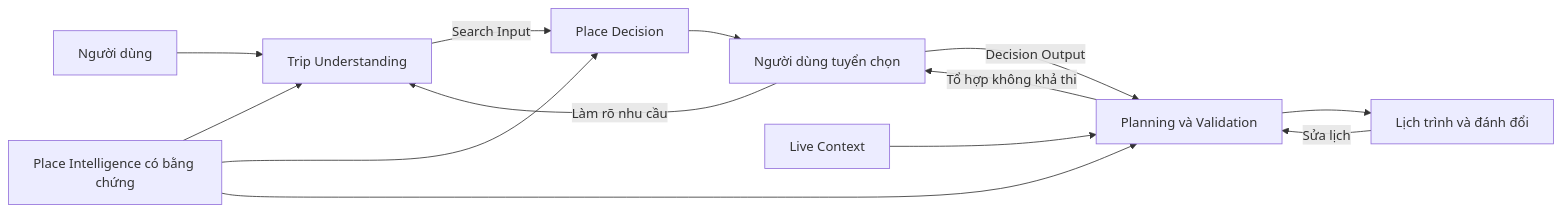
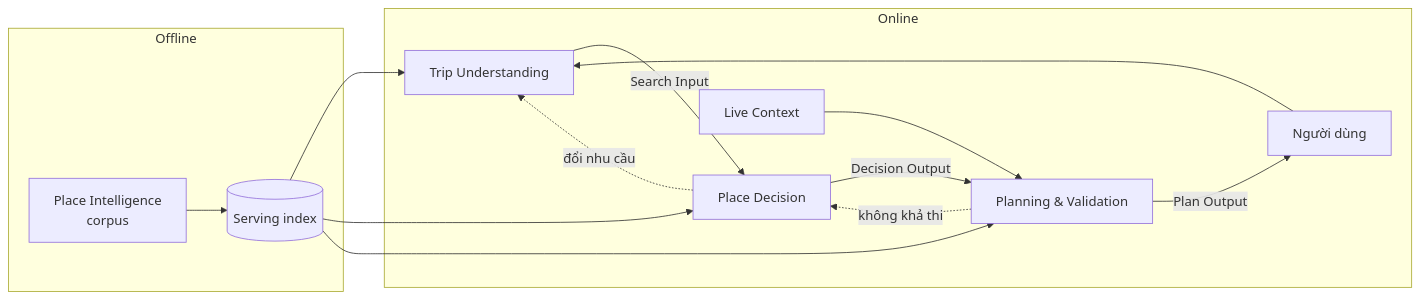
One commit to hohoangluan/tripguardian changed the first of 13 diagrams in submission/TECHNICAL_REPORT.md. Above: the diagram before and after it, drawn with Mermaid. The commit also changed other lines of this file and 260 other files, not shown here.

````diff
--- a/submission/TECHNICAL_REPORT.md
+++ b/submission/TECHNICAL_REPORT.md
@@ -11,15 +99,18 @@
 ```mermaid
 flowchart LR
-    U[Người dùng] --> T[Trip Understanding]
-    T -->|Search Input| D[Place Decision]
-    P[Place Intelligence có bằng chứng] --> T
-    P --> D
-    P --> S[Planning và Validation]
-    D --> C[Người dùng tuyển chọn]
-    C -->|Decision Output| S
-    L[Live Context] --> S
-    S --> O[Lịch trình và đánh đổi]
-    O -->|Sửa lịch| S
-    S -->|Tổ hợp không khả thi| C
-    C -->|Làm rõ nhu cầu| T
+    subgraph OFF[Offline]
+      C[Place Intelligence<br/>corpus] --> S[(Serving index)]
+    end
+    subgraph ON[Online]
+      U[Người dùng] --> T[Trip Understanding]
+      T -->|Search Input| D[Place Decision]
+      D -->|Decision Output| P[Planning & Validation]
+      L[Live Context] --> P
+      P -->|Plan Output| U
+    end
+    S --> T
+    S --> D
+    S --> P
+    P -. không khả thi .-> D
+    D -. đổi nhu cầu .-> T
 ```
````
